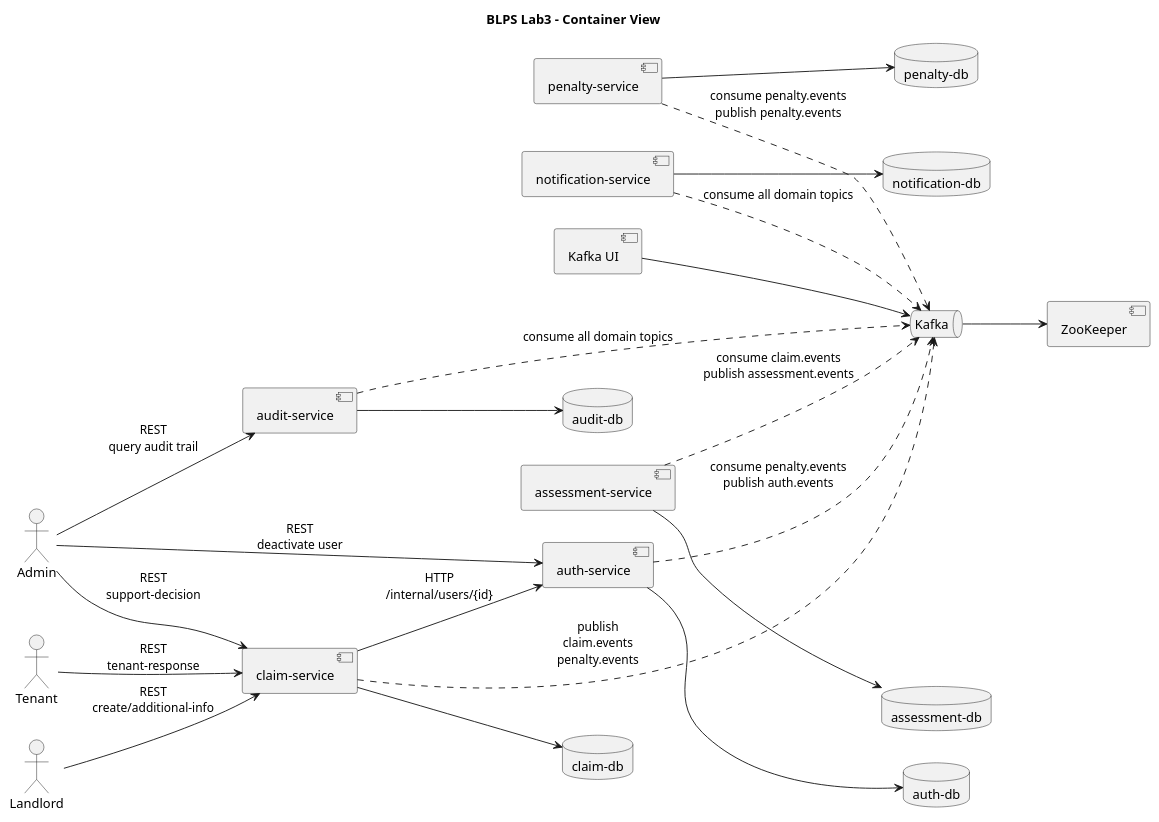
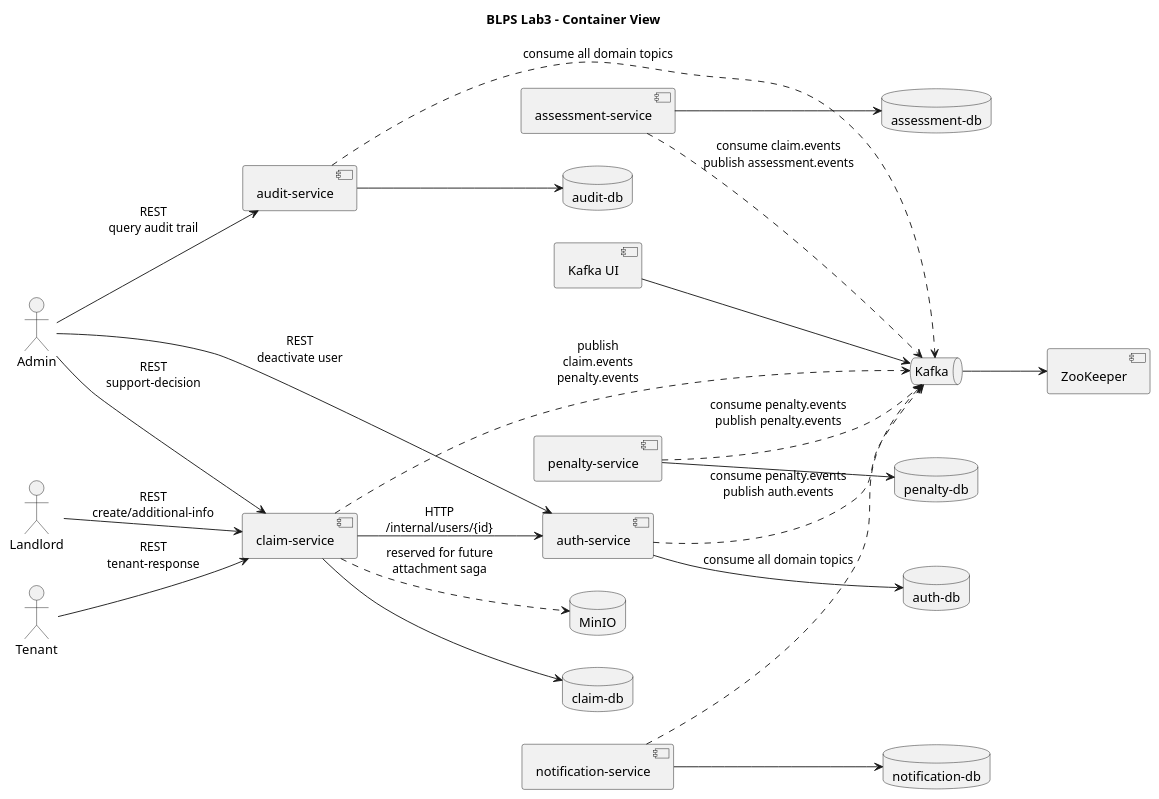
The diagram in docs/uml/container-view.puml (r4m63/blps-itmo), drawn with PlantUML before and after one commit. The commit also changed 86 other files, not shown here.

```diff
--- a/docs/uml/container-view.puml
+++ b/docs/uml/container-view.puml
@@ -1,55 +1,57 @@
 @startuml
 title BLPS Lab3 - Container View
 
 left to right direction
 skinparam packageStyle rectangle
 skinparam shadowing false
 
 actor Landlord
 actor Tenant
 actor Admin
 
 component "claim-service" as Claim
 component "auth-service" as Auth
 component "assessment-service" as Assessment
 component "penalty-service" as Penalty
 component "notification-service" as Notification
 component "audit-service" as Audit
 
 queue "Kafka" as Kafka
 component "Kafka UI" as KafkaUI
 component "ZooKeeper" as ZK
+database "MinIO" as MinIO
 
 database "claim-db" as ClaimDB
 database "auth-db" as AuthDB
 database "assessment-db" as AssessmentDB
 database "penalty-db" as PenaltyDB
 database "notification-db" as NotificationDB
 database "audit-db" as AuditDB
 
 Landlord --> Claim : REST\ncreate/additional-info
 Tenant --> Claim : REST\ntenant-response
 Admin --> Claim : REST\nsupport-decision
 Admin --> Auth : REST\ndeactivate user
 Admin --> Audit : REST\nquery audit trail
 
 Claim --> Auth : HTTP\n/internal/users/{id}
 
 Claim --> ClaimDB
 Auth --> AuthDB
 Assessment --> AssessmentDB
 Penalty --> PenaltyDB
 Notification --> NotificationDB
 Audit --> AuditDB
 
 Claim ..> Kafka : publish\nclaim.events\npenalty.events
 Assessment ..> Kafka : consume claim.events\npublish assessment.events
 Penalty ..> Kafka : consume penalty.events\npublish penalty.events
 Auth ..> Kafka : consume penalty.events\npublish auth.events
 Notification ..> Kafka : consume all domain topics
 Audit ..> Kafka : consume all domain topics
 
 KafkaUI --> Kafka
 Kafka --> ZK
+Claim ..> MinIO : reserved for future\nattachment saga
 
 @enduml
```
